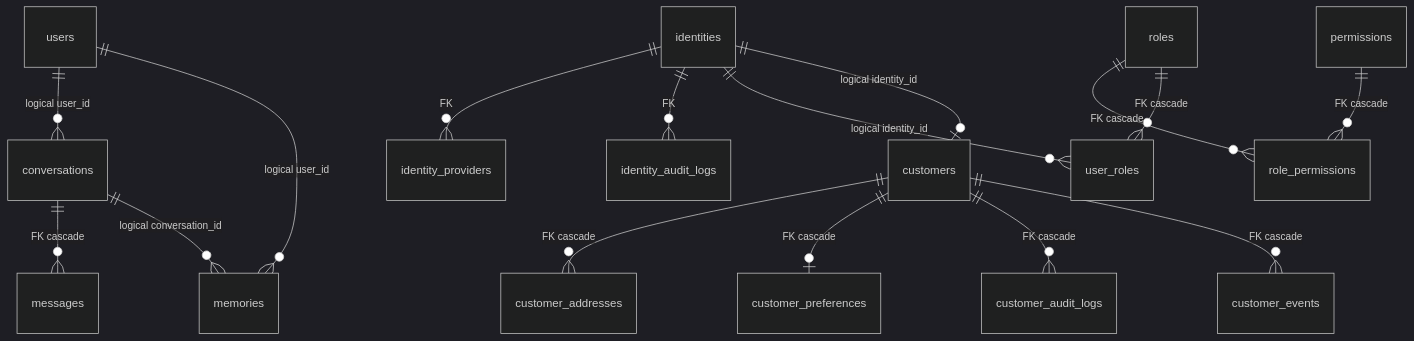
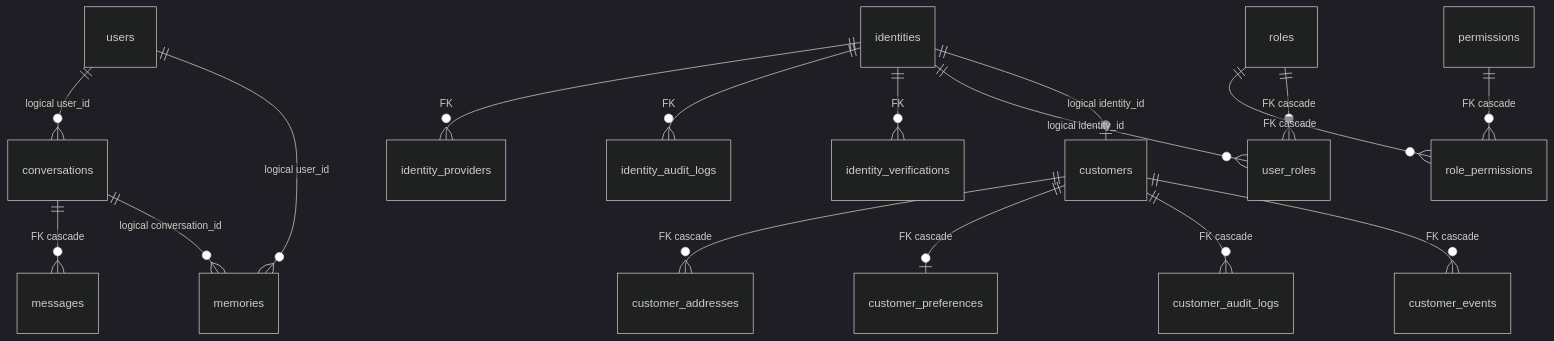
The second of 5 diagrams in services/README.md (master-node1/the-aura-lab), drawn with Mermaid (dark theme) before and after one commit. The commit also changed other lines of this file and 68 other files, not shown here.

````diff
--- a/services/README.md
+++ b/services/README.md
@@ -113,21 +116,22 @@
 ```mermaid
 erDiagram
     users ||--o{ conversations : "logical user_id"
     users ||--o{ memories : "logical user_id"
     conversations ||--o{ messages : "FK cascade"
     conversations ||--o{ memories : "logical conversation_id"
 
     identities ||--o{ identity_providers : FK
     identities ||--o{ identity_audit_logs : FK
+    identities ||--o{ identity_verifications : FK
     identities ||--o{ user_roles : "logical identity_id"
     identities ||--o| customers : "logical identity_id"
 
     roles ||--o{ role_permissions : "FK cascade"
     permissions ||--o{ role_permissions : "FK cascade"
     roles ||--o{ user_roles : "FK cascade"
 
     customers ||--o{ customer_addresses : "FK cascade"
     customers ||--o| customer_preferences : "FK cascade"
     customers ||--o{ customer_audit_logs : "FK cascade"
     customers ||--o{ customer_events : "FK cascade"
 ```
````
